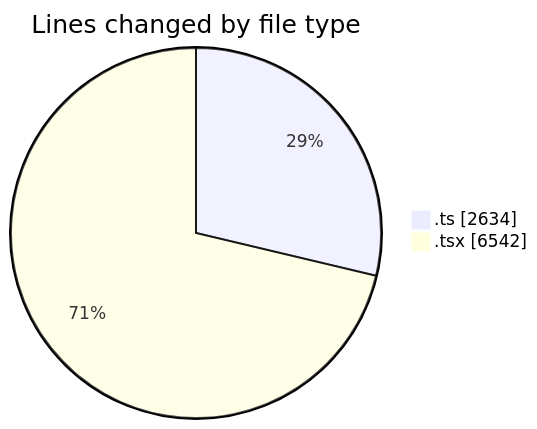
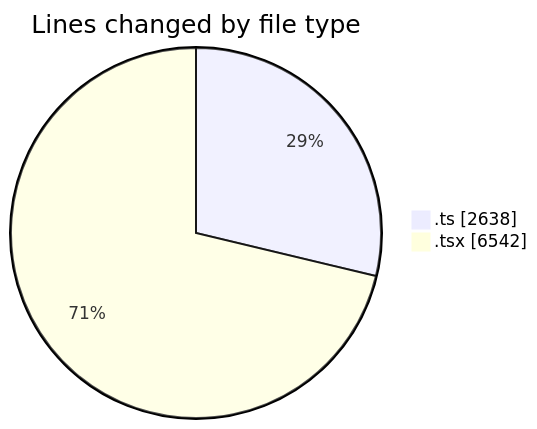
The first of 2 diagrams in 2025-07-01/cda/README.md (momahboobian/code-tracking), drawn with Mermaid before and after one commit. The commit also changed other lines of this file and 1 other file, not shown here.

````diff
--- a/2025-07-01/cda/README.md
+++ b/2025-07-01/cda/README.md
@@ -44,6 +44,6 @@
 ```mermaid
 pie showData
 title Lines changed by file type
-".ts" : 2634
+".ts" : 2638
 ".tsx" : 6542
 ```
````
